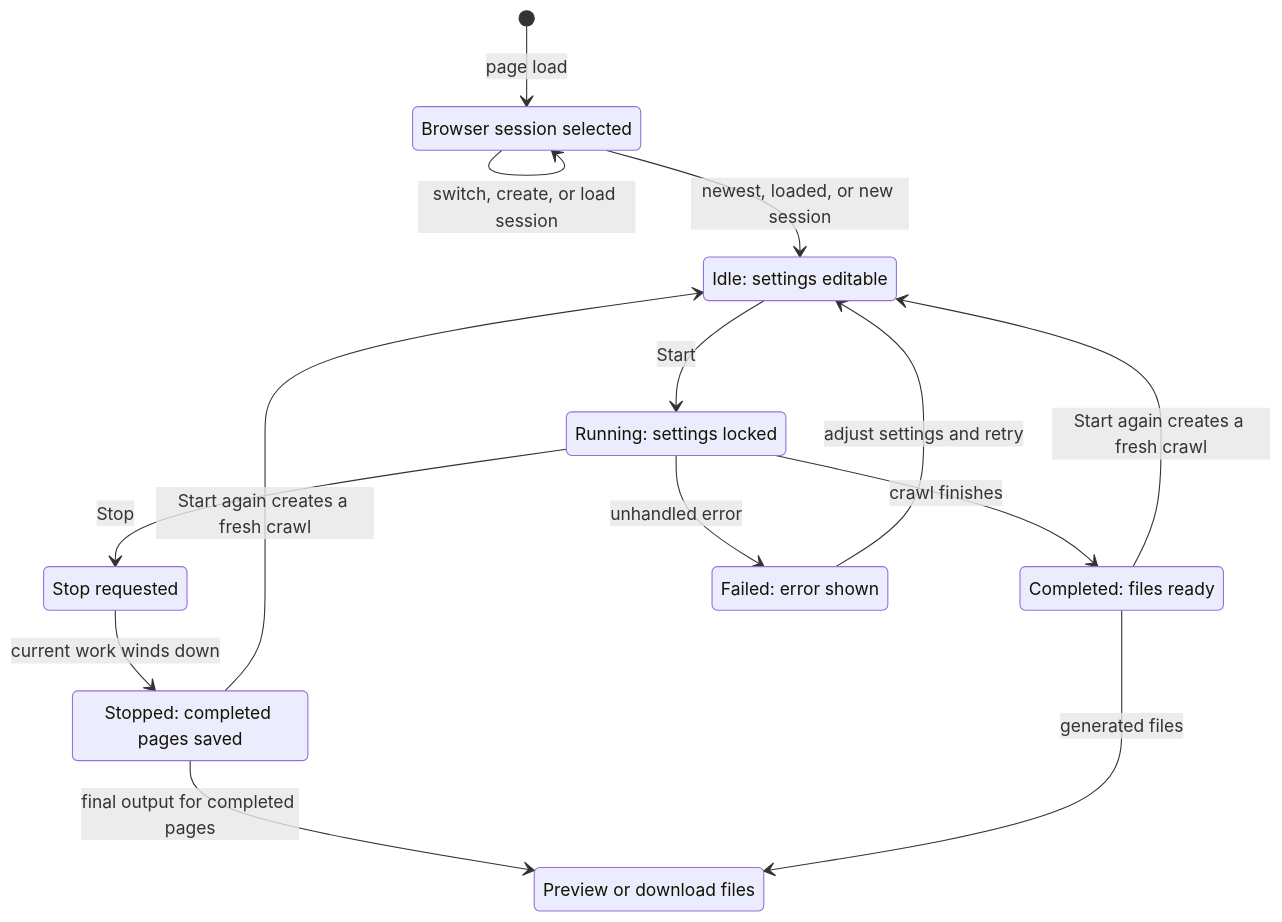
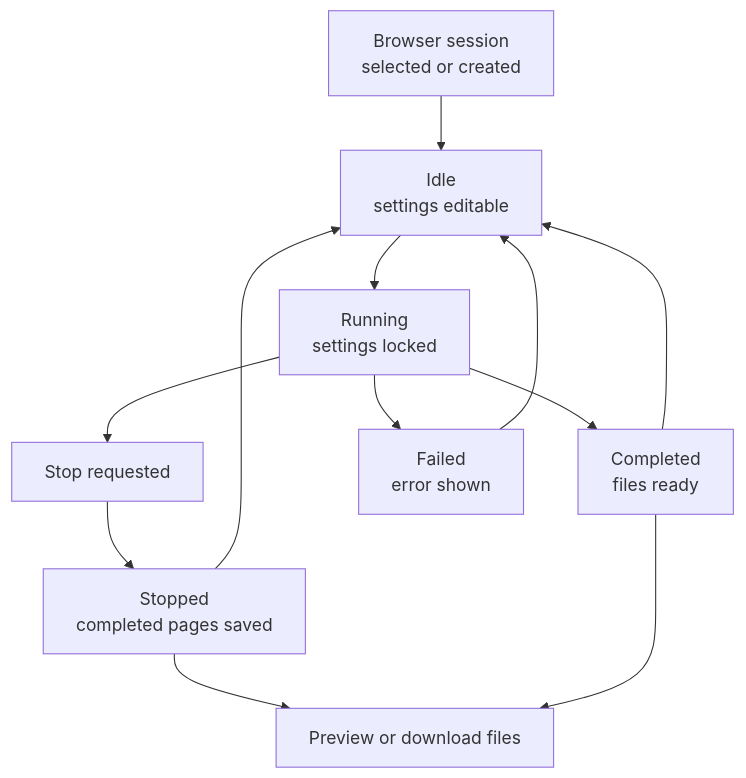
Before and after one commit to prakosd/rag-playground: the second of 9 diagrams in README.md, drawn with Mermaid. The commit also changed other lines of this file and 1 other file, not shown here.

Commit message:
refactor: update flowchart diagrams for improved clarity and organization in README files

````diff
--- a/README.md
+++ b/README.md
@@ -69,25 +69,14 @@
 ```mermaid
-stateDiagram-v2
-  state "Browser session selected" as Session
-  state "Idle: settings editable" as Idle
-  state "Running: settings locked" as Running
-  state "Stop requested" as StopRequested
-  state "Stopped: completed pages saved" as Stopped
-  state "Completed: files ready" as Completed
-  state "Failed: error shown" as Failed
-  state "Preview or download files" as FilesReady
-
-  [*] --> Session: page load
-  Session --> Idle: newest, loaded, or new session
-  Session --> Session: switch, create, or load session
-  Idle --> Running: Start
-  Running --> StopRequested: Stop
-  StopRequested --> Stopped: current work winds down
-  Running --> Completed: crawl finishes
-  Running --> Failed: unhandled error
-  Stopped --> FilesReady: final output for completed pages
-  Completed --> FilesReady: generated files
-  Stopped --> Idle: Start again creates a fresh crawl
-  Completed --> Idle: Start again creates a fresh crawl
-  Failed --> Idle: adjust settings and retry
+flowchart TD
+  Session["Browser session<br/>selected or created"] --> Idle["Idle<br/>settings editable"]
+  Idle --> Running["Running<br/>settings locked"]
+  Running --> StopRequested["Stop requested"]
+  StopRequested --> Stopped["Stopped<br/>completed pages saved"]
+  Running --> Completed["Completed<br/>files ready"]
+  Running --> Failed["Failed<br/>error shown"]
+  Stopped --> FilesReady["Preview or download files"]
+  Completed --> FilesReady
+  Stopped --> Idle
+  Completed --> Idle
+  Failed --> Idle
 ```
````
